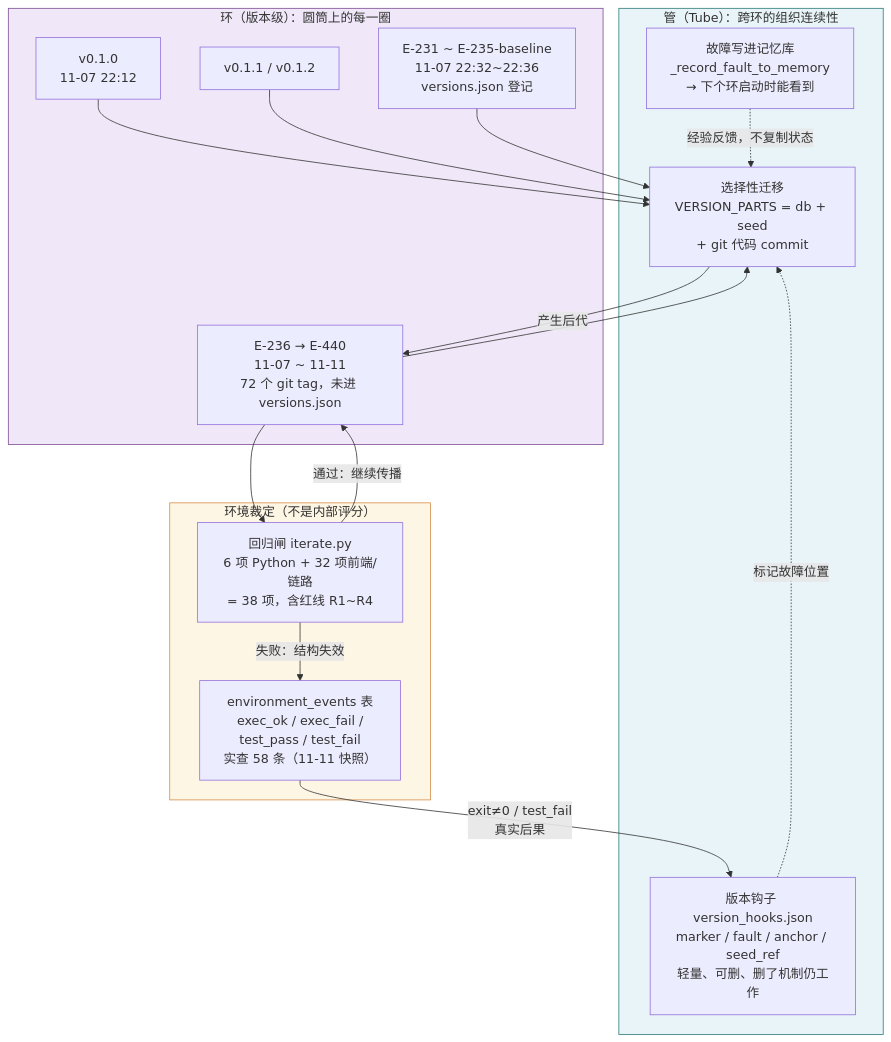
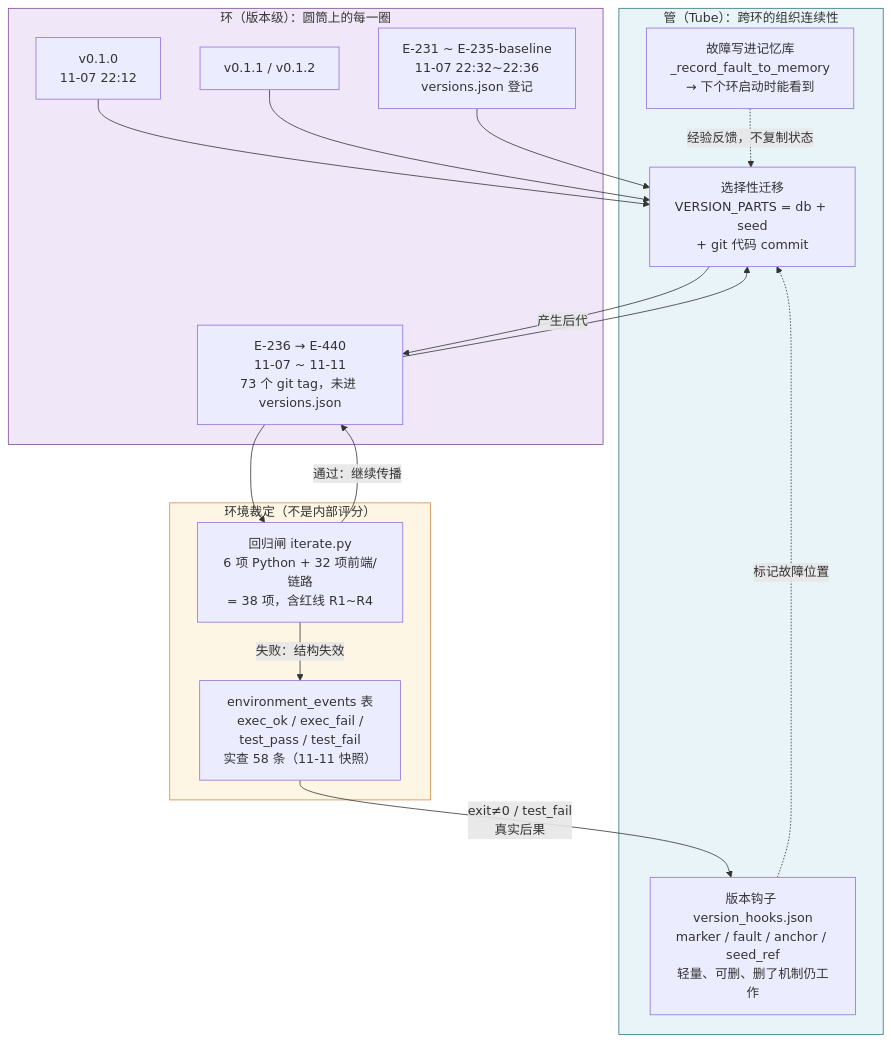
The third of 8 diagrams in docs/78 生命周期图-环管群.md (Roxy-DD/fatfish-heart), drawn with Mermaid before and after one commit. The commit also changed other lines of this file and 5 other files, not shown here.

````diff
--- a/docs/78 生命周期图-环管群.md
+++ b/docs/78 生命周期图-环管群.md
@@ -113,37 +113,37 @@
 ```mermaid
 flowchart TD
     subgraph V["环（版本级）：圆筒上的每一圈"]
         V1["v0.1.0<br/>11-07 22:12"]
         V2["v0.1.1 / v0.1.2"]
         V3["E-231 ~ E-235-baseline<br/>11-07 22:32~22:36<br/>versions.json 登记"]
-        V4["E-236 → E-440<br/>11-07 ~ 11-11<br/>72 个 git tag，未进 versions.json"]
+        V4["E-236 → E-440<br/>11-07 ~ 11-11<br/>73 个 git tag，未进 versions.json"]
     end
 
     subgraph TUBE["管（Tube）：跨环的组织连续性"]
         SEL["选择性迁移<br/>VERSION_PARTS = db + seed<br/>+ git 代码 commit"]
         HOOK["版本钩子 version_hooks.json<br/>marker / fault / anchor / seed_ref<br/>轻量、可删、删了机制仍工作"]
         MEM["故障写进记忆库<br/>_record_fault_to_memory<br/>→ 下个环启动时能看到"]
     end
 
     subgraph JUDGE["环境裁定（不是内部评分）"]
         ENV["environment_events 表<br/>exec_ok / exec_fail /<br/>test_pass / test_fail<br/>实查 58 条（11-11 快照）"]
         RED["回归闸 iterate.py<br/>6 项 Python + 32 项前端/链路<br/>= 38 项，含红线 R1~R4"]
     end
 
     V1 --> SEL
     V2 --> SEL
     V3 --> SEL
     V4 --> SEL
     SEL -->|"产生后代"| V4
     HOOK -.->|"标记故障位置"| SEL
     MEM -.->|"经验反馈，不复制状态"| SEL
 
     V4 --> RED
     RED -->|"通过：继续传播"| V4
     RED -->|"失败：结构失效"| ENV
     ENV -->|"exit≠0 / test_fail<br/>真实后果"| HOOK
 
     style TUBE fill:#e8f4f8,stroke:#2b7a78
     style JUDGE fill:#fef6e4,stroke:#d68c45
     style V fill:#f0e8f8,stroke:#7b4b94
 ```
````
